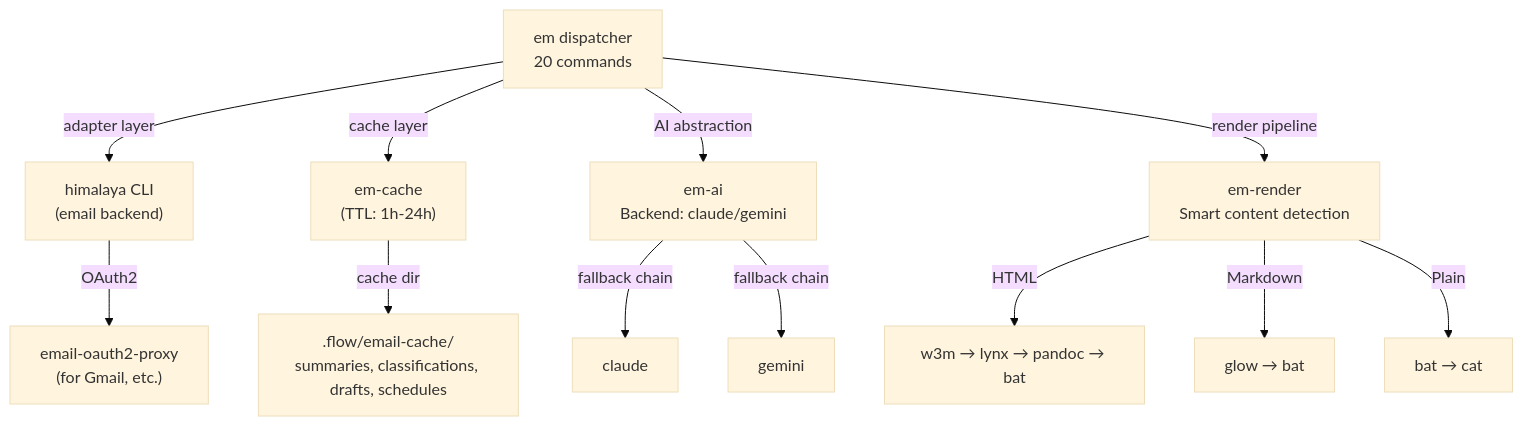
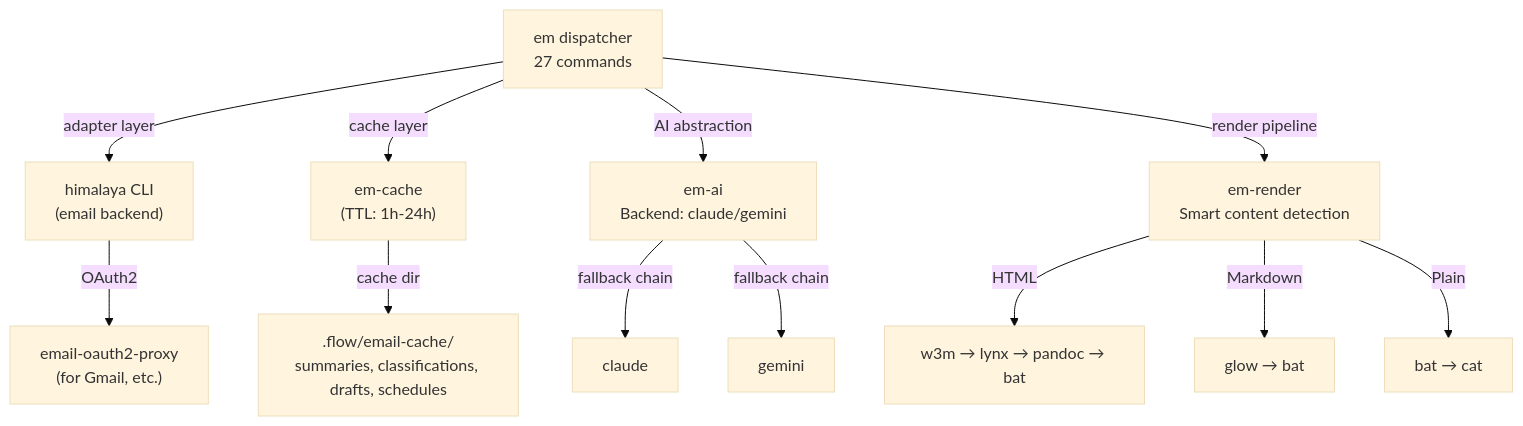
The second of 2 diagrams in docs/reference/REFCARD-EMAIL-DISPATCHER.md (Data-Wise/flow-cli), drawn with Mermaid (base theme) before and after one commit. The commit also changed other lines of this file and 12 other files, not shown here.

````diff
--- a/docs/reference/REFCARD-EMAIL-DISPATCHER.md
+++ b/docs/reference/REFCARD-EMAIL-DISPATCHER.md
@@ -92,14 +107,14 @@
 ```mermaid
 graph TD
-    A["em dispatcher<br/>20 commands"] -->|adapter layer| B["himalaya CLI<br/>(email backend)"]
+    A["em dispatcher<br/>27 commands"] -->|adapter layer| B["himalaya CLI<br/>(email backend)"]
     A -->|cache layer| C["em-cache<br/>(TTL: 1h-24h)"]
     A -->|AI abstraction| D["em-ai<br/>Backend: claude/gemini"]
     A -->|render pipeline| E["em-render<br/>Smart content detection"]
     D -->|fallback chain| D1["claude"]
     D -->|fallback chain| D2["gemini"]
     E -->|HTML| E1["w3m → lynx → pandoc → bat"]
     E -->|Markdown| E2["glow → bat"]
     E -->|Plain| E3["bat → cat"]
     B -->|OAuth2| B1["email-oauth2-proxy<br/>(for Gmail, etc.)"]
     C -->|cache dir| C1[".flow/email-cache/<br/>summaries, classifications, drafts, schedules"]
 ```
````
